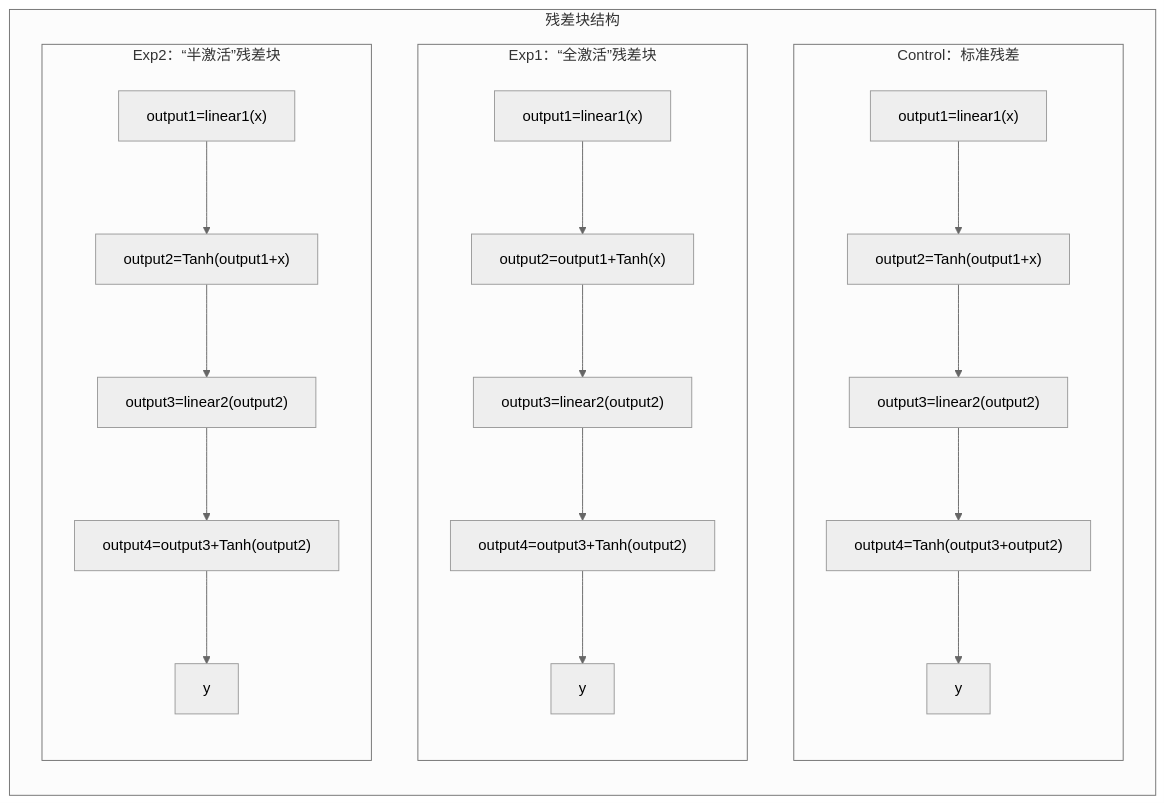
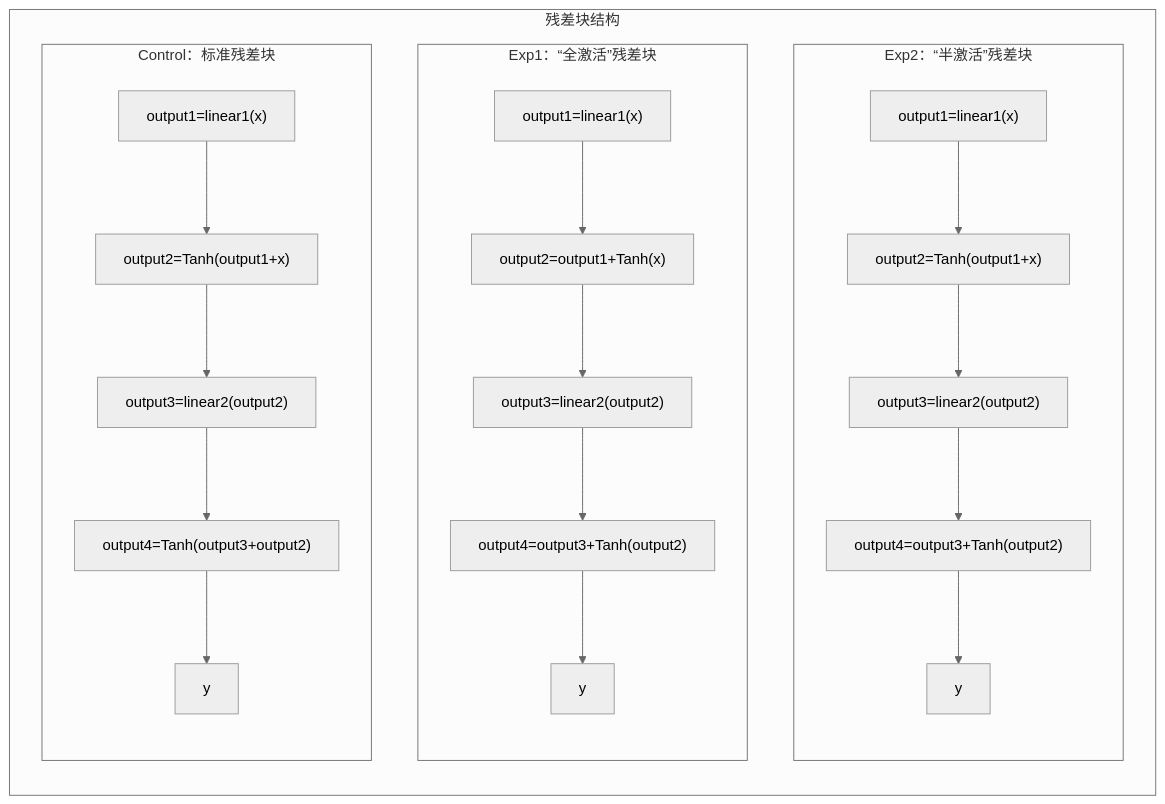
The fifth of 5 diagrams in README.md (57ws/Graph-Theory-Representation-of-Residual-Connection), drawn with Mermaid (neutral theme) before and after one commit.

````diff
--- a/README.md
+++ b/README.md
@@ -137,21 +137,22 @@
 ```mermaid
 graph LR
     subgraph 残差块结构
         direction TB
-        
-        subgraph 对照组[Control：标准残差]
+
+        subgraph 实验组2[Exp2：“半激活”残差块]
+            direction TB
+            E1b["output1=linear1(x)"] --> E2b["output2=Tanh(output1+x)"] --> E3b["output3=linear2(output2)"] --> E4b["output4=output3+Tanh(output2)"] --> E5b["y"]
+        end
+
+        subgraph 实验组1[Exp1：“全激活”残差块]
+            direction TB
+            E1a["output1=linear1(x)"] --> E2a["output2=output1+Tanh(x)"] --> E3a["output3=linear2(output2)"] --> E4a["output4=output3+Tanh(output2)"] --> E5a["y"]
+        end
+
+        subgraph 对照组[Control：标准残差块]
             direction TB
             C1["output1=linear1(x)"] --> C2["output2=Tanh(output1+x)"] --> C3["output3=linear2(output2)"] --> C4["output4=Tanh(output3+output2)"] --> C5["y"]
         end
         
-        subgraph 实验组1[Exp1：“全激活”残差块]
-            direction TB
-            E1a["output1=linear1(x)"] --> E2a["output2=output1+Tanh(x)"] --> E3a["output3=linear2(output2)"] --> E4a["output4=output3+Tanh(output2)"] --> E5a["y"]
-        end
-        
-        subgraph 实验组2[Exp2：“半激活”残差块]
-            direction TB
-            E1b["output1=linear1(x)"] --> E2b["output2=Tanh(output1+x)"] --> E3b["output3=linear2(output2)"] --> E4b["output4=output3+Tanh(output2)"] --> E5b["y"]
-        end
     end
 ```
````
